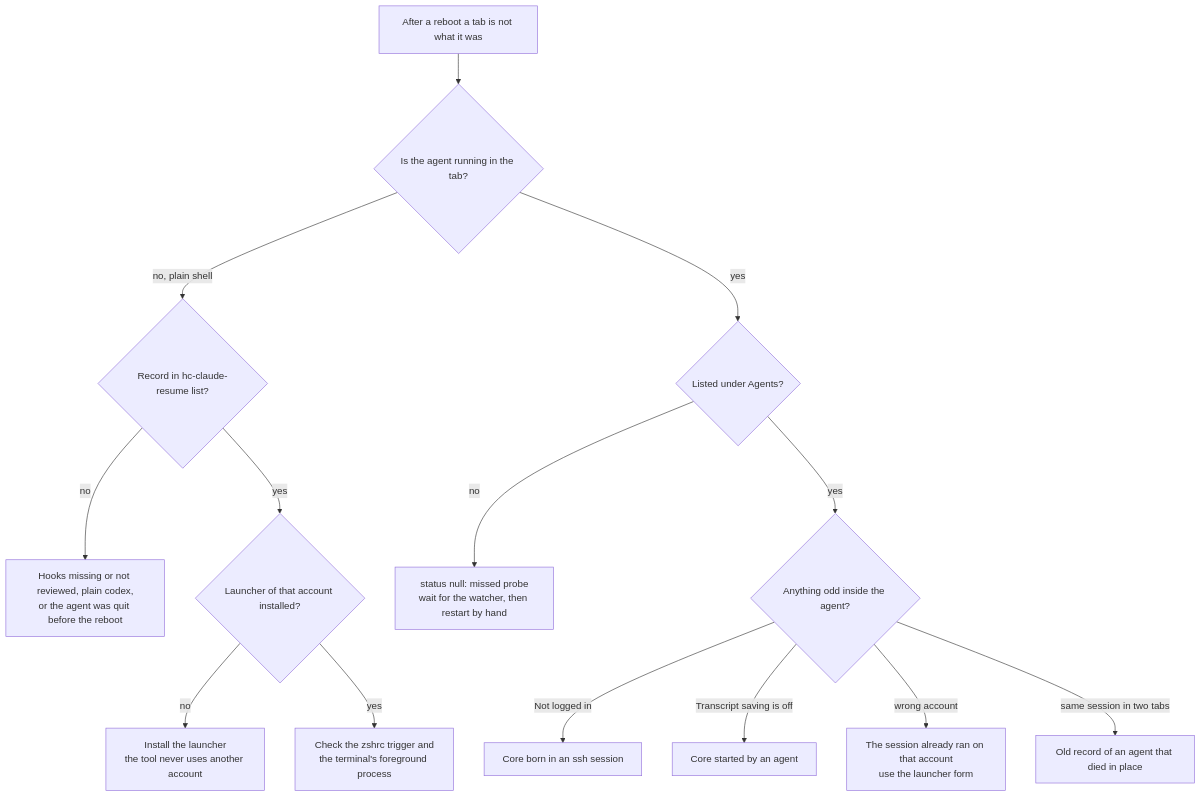
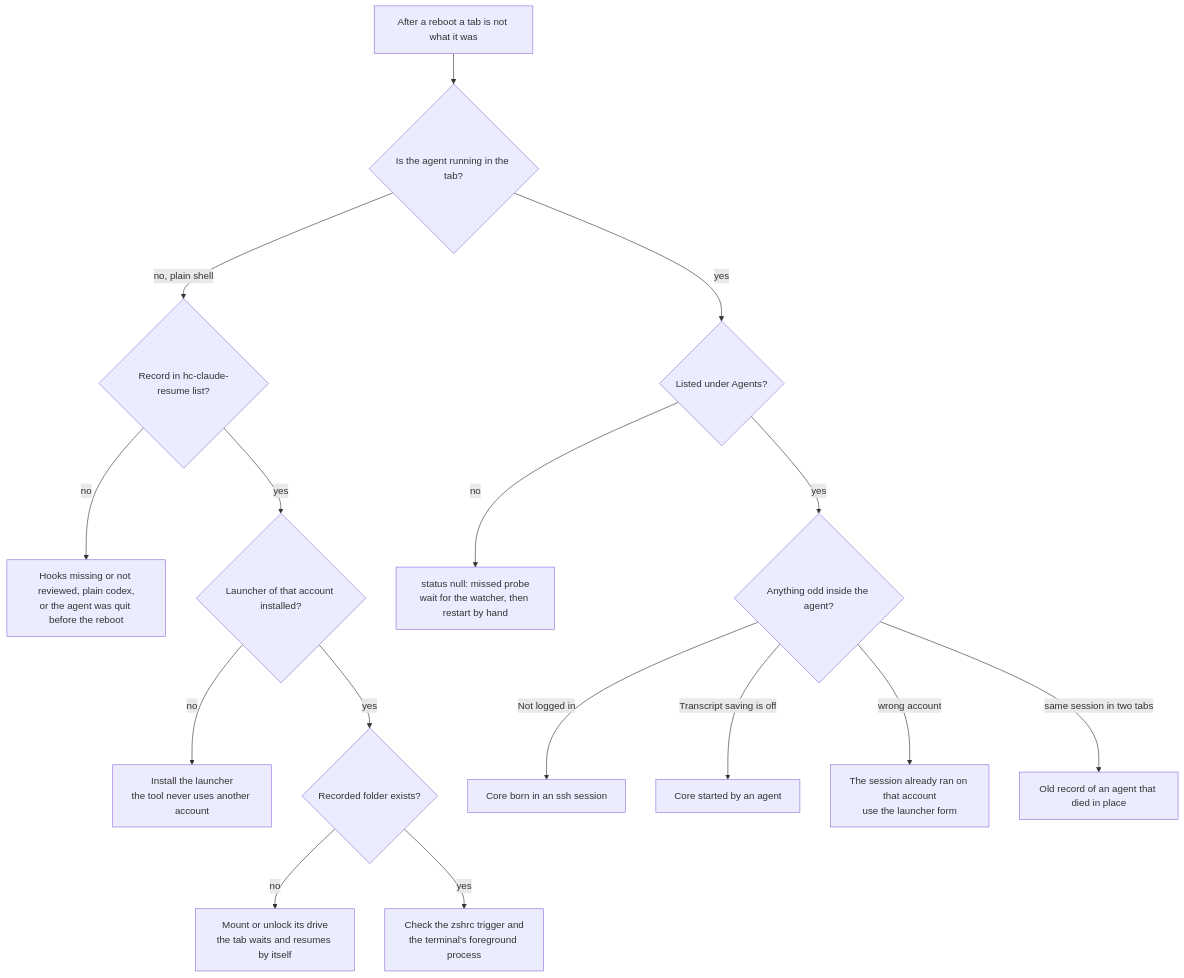
One commit to thuongtin/herdr-agents-field-guide changed the first of 3 diagrams in docs/troubleshooting.md. Above: the diagram before and after it, drawn with Mermaid. The commit also changed other lines of this file and 7 other files, not shown here.

````diff
--- a/docs/troubleshooting.md
+++ b/docs/troubleshooting.md
@@ -11,16 +11,18 @@
 ```mermaid
 flowchart TD
     S["After a reboot a tab is not what it was"] --> A{"Is the agent running in the tab?"}
     A -- "no, plain shell" --> B{"Record in hc-claude-resume list?"}
     B -- "no" --> B1["Hooks missing or not reviewed, plain codex,<br/>or the agent was quit before the reboot"]
     B -- "yes" --> C{"Launcher of that account installed?"}
     C -- "no" --> C1["Install the launcher<br/>the tool never uses another account"]
-    C -- "yes" --> C2["Check the zshrc trigger and<br/>the terminal's foreground process"]
+    C -- "yes" --> F{"Recorded folder exists?"}
+    F -- "no" --> F1["Mount or unlock its drive<br/>the tab waits and resumes by itself"]
+    F -- "yes" --> C2["Check the zshrc trigger and<br/>the terminal's foreground process"]
     A -- "yes" --> D{"Listed under Agents?"}
     D -- "no" --> D1["status null: missed probe<br/>wait for the watcher, then restart by hand"]
     D -- "yes" --> E{"Anything odd inside the agent?"}
     E -- "Not logged in" --> E1["Core born in an ssh session"]
     E -- "Transcript saving is off" --> E2["Core started by an agent"]
     E -- "wrong account" --> E3["The session already ran on that account<br/>use the launcher form"]
     E -- "same session in two tabs" --> E4["Old record of an agent that died in place"]
 ```
````
